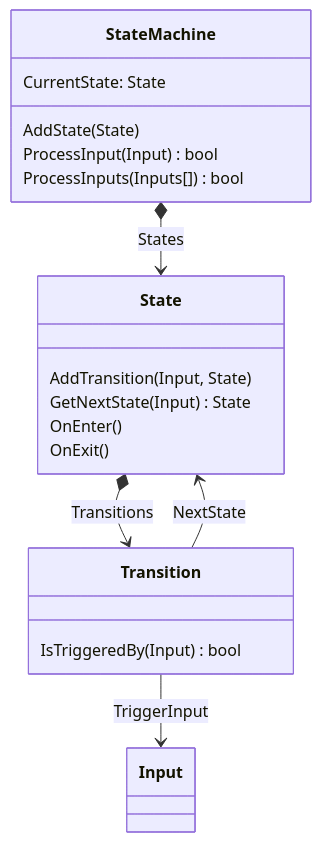
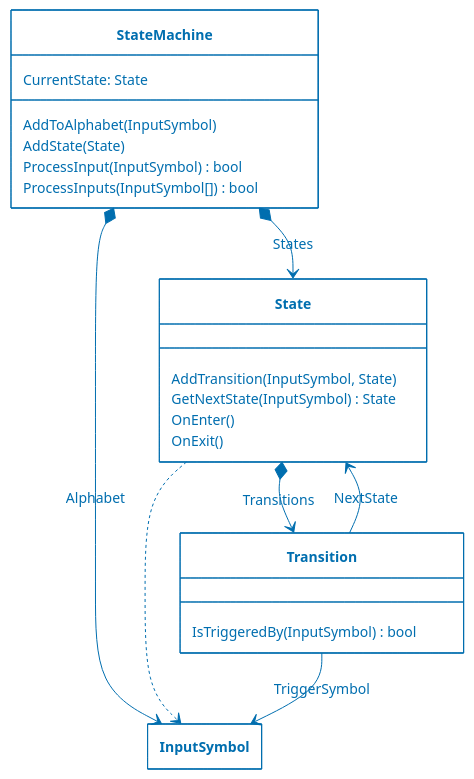
The second of 2 diagrams in README.md (ucudal/PII_FSM_End), drawn with Mermaid before and after one commit. The commit also changed other lines of this file and 13 other files, not shown here.

````diff
--- a/README.md
+++ b/README.md
@@ -104,29 +122,48 @@
 ```mermaid
+---
+config:
+  class:
+    hideEmptyMembersBox: true
+  theme:
+    base
+  themeVariables:
+    fontSize: 14px
+    mainBkg: transparent
+    primaryTextColor: '#006EAF'
+    primaryBorderColor: '#006EAF'
+    lineColor: '#006EAF'
+    useGradient: false
+    dropShadow: false
+    secondaryColor: transparent
+---
 classDiagram
     class StateMachine {
         CurrentState: State
+        AddToAlphabet(InputSymbol)
         AddState(State)
-        ProcessInput(Input) bool
-        ProcessInputs(Inputs[]) bool
+        ProcessInput(InputSymbol) bool
+        ProcessInputs(InputSymbol[]) bool
     }
 
     class State {
-        AddTransition(Input, State)
-        GetNextState(Input) State
+        AddTransition(InputSymbol, State)
+        GetNextState(InputSymbol) State
         OnEnter()
         OnExit()
     }
 
-    StateMachine *--> State : States
-
-    class Input {
+    class InputSymbol {
     }
 
+    StateMachine *--> State : States
+    StateMachine *--> InputSymbol : Alphabet
+    State ..> InputSymbol
+
     class Transition {
-        IsTriggeredBy(Input) bool
+        IsTriggeredBy(InputSymbol) bool
     }
 
     Transition --> State : NextState
-    Transition --> Input : TriggerInput
+    Transition --> InputSymbol : TriggerSymbol
     State *--> Transition : Transitions
 ```
````
